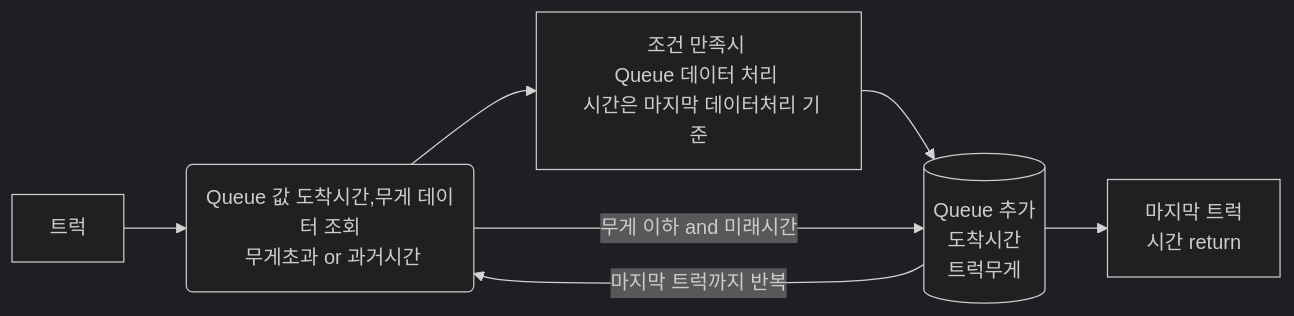
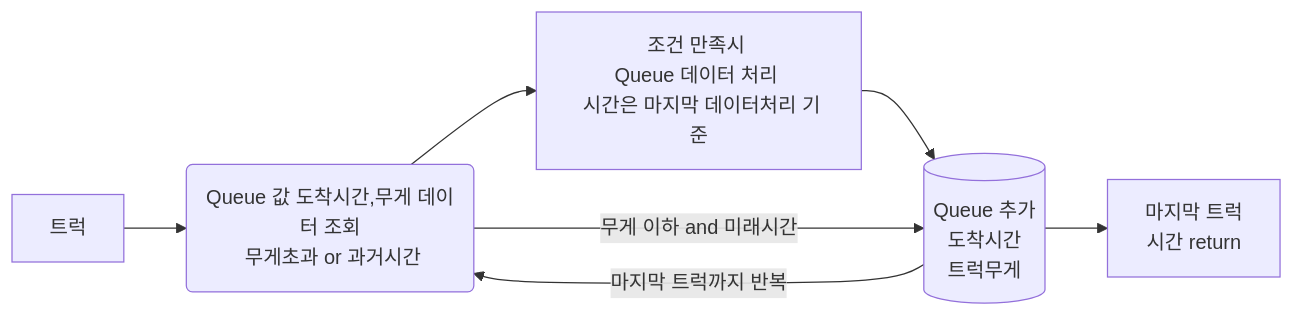
The third of 3 diagrams in _posts/2022-06-14-알고리즘 연습 [다리를 지나는 트럭].md (gazami99/gazami99.github.io), drawn with Mermaid before and after one commit.

Commit message:
Update 2022-06-14-알고리즘 연습 [다리를 지나는 트럭].md

````diff
--- a/_posts/2022-06-14-알고리즘 연습 [다리를 지나는 트럭].md
+++ b/_posts/2022-06-14-알고리즘 연습 [다리를 지나는 트럭].md
@@ -50,13 +50,12 @@
 ```mermaid
     
-%%{init: { 'theme': 'dark' } }%%
 flowchart LR
     A[트럭] --> C;
     C(Queue 값 도착시간,무게 데이터 조회\n 무게초과 or 과거시간) --> E;
     E[조건 만족시 \nQueue 데이터 처리 \n 시간은 마지막 데이터처리 기준] --> G;
     C --> |무게 이하 and 미래시간|G;
     G --> |마지막 트럭까지 반복|C;
     G[(Queue 추가\n도착시간 \n 트럭무게)] --> I;
     I[마지막 트럭 \n시간 return];
 
 ```
````
